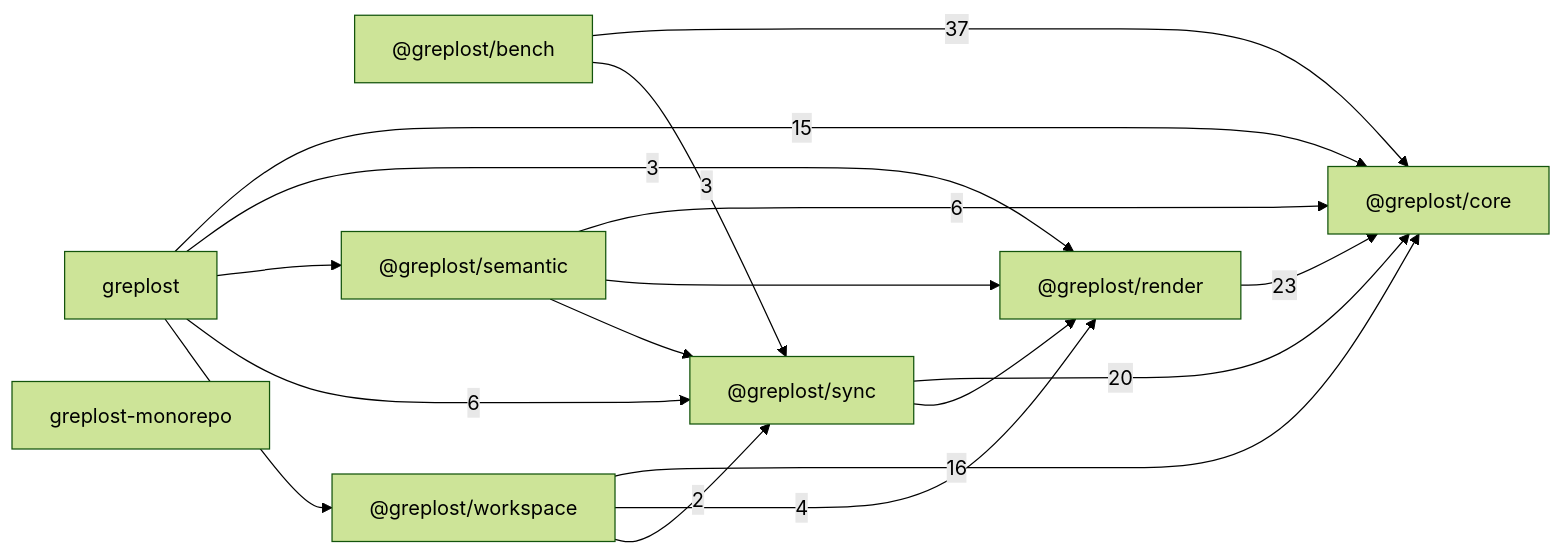
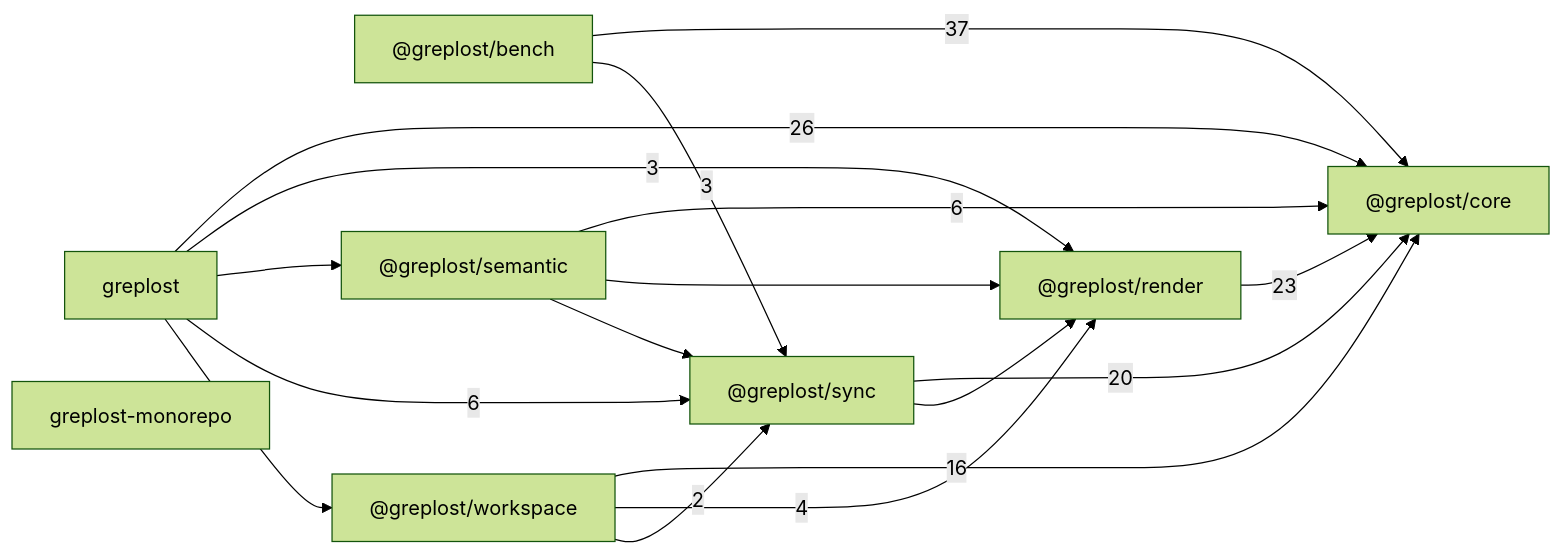
One commit to sns45/greplost changed the diagram in .greplost/repo/MAP.md. Above: the diagram before and after it, drawn with Mermaid (forest theme). The commit also changed other lines of this file and 140 other files, not shown here.

````diff
--- a/.greplost/repo/MAP.md
+++ b/.greplost/repo/MAP.md
@@ -21,27 +21,27 @@
 ```mermaid
 graph LR
   _greplost_bench["@greplost/bench"]
   _greplost_core["@greplost/core"]
   _greplost_render["@greplost/render"]
   _greplost_semantic["@greplost/semantic"]
   _greplost_sync["@greplost/sync"]
   _greplost_workspace["@greplost/workspace"]
   greplost["greplost"]
   greplost_monorepo["greplost-monorepo"]
   _greplost_bench -->|37| _greplost_core
   _greplost_bench -->|3| _greplost_sync
   _greplost_render -->|23| _greplost_core
   _greplost_semantic -->|6| _greplost_core
   _greplost_semantic --> _greplost_render
   _greplost_semantic --> _greplost_sync
   _greplost_sync -->|20| _greplost_core
   _greplost_sync --> _greplost_render
   _greplost_workspace -->|16| _greplost_core
   _greplost_workspace -->|4| _greplost_render
   _greplost_workspace -->|2| _greplost_sync
-  greplost -->|15| _greplost_core
+  greplost -->|26| _greplost_core
   greplost -->|3| _greplost_render
   greplost --> _greplost_semantic
   greplost -->|6| _greplost_sync
   greplost --> _greplost_workspace
 ```
````
